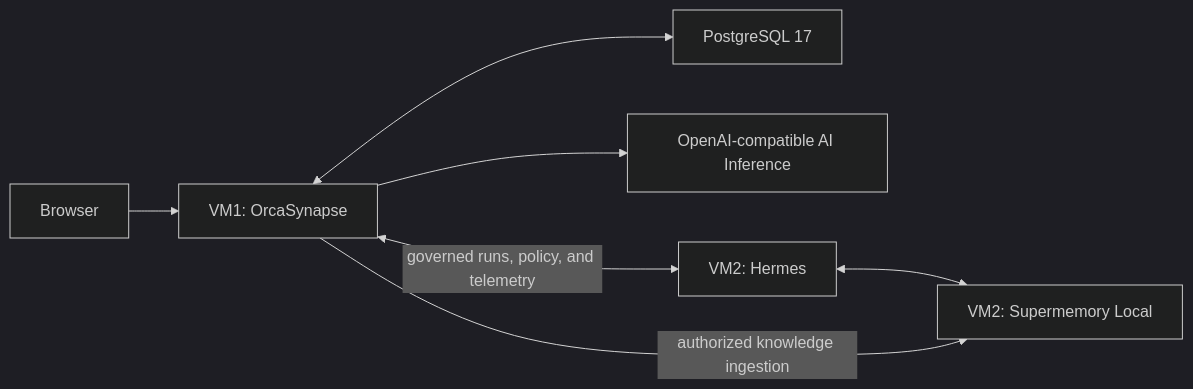
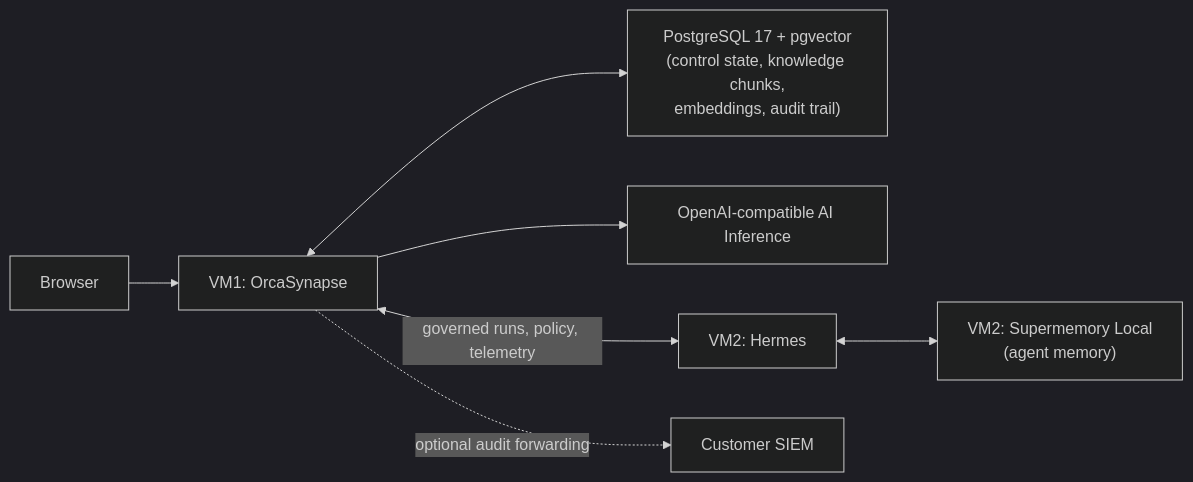
The diagram in docs/CURRENT_STATE_HANDOFF.md (multichainerz/AI), drawn with Mermaid (dark theme) before and after one commit. The commit also changed other lines of this file and 64 other files, not shown here.

````diff
--- a/docs/CURRENT_STATE_HANDOFF.md
+++ b/docs/CURRENT_STATE_HANDOFF.md
@@ -49,9 +47,9 @@
 ```mermaid
 flowchart LR
   Browser["Browser"] --> VM1["VM1: OrcaSynapse"]
-  VM1 <--> PostgreSQL["PostgreSQL 17"]
+  VM1 <--> PostgreSQL["PostgreSQL 17 + pgvector<br/>(control state, knowledge chunks,<br/>embeddings, audit trail)"]
   VM1 --> Inference["OpenAI-compatible AI Inference"]
-  VM1 <-->|"governed runs, policy, and telemetry"| Hermes["VM2: Hermes"]
-  Hermes <--> Memory["VM2: Supermemory Local"]
-  VM1 -->|"authorized knowledge ingestion"| Memory
+  VM1 <-->|"governed runs, policy, telemetry"| Hermes["VM2: Hermes"]
+  Hermes <--> Memory["VM2: Supermemory Local<br/>(agent memory)"]
+  VM1 -.->|"optional audit forwarding"| SIEM["Customer SIEM"]
 ```
````
